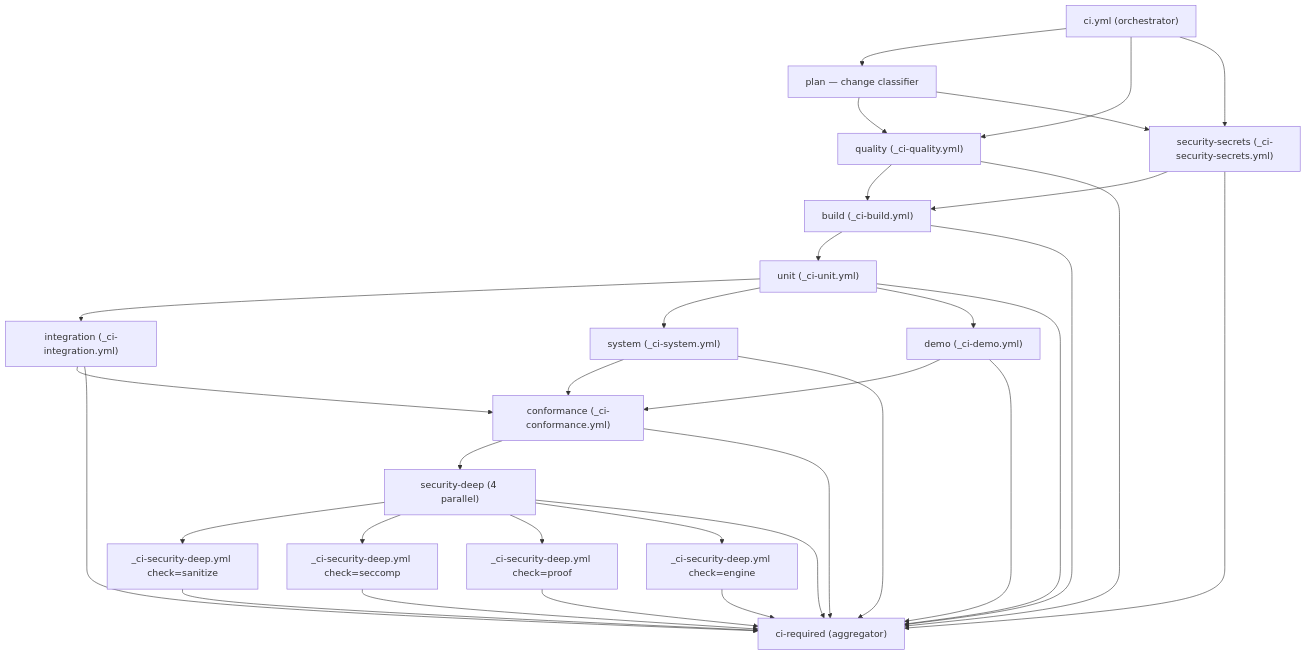
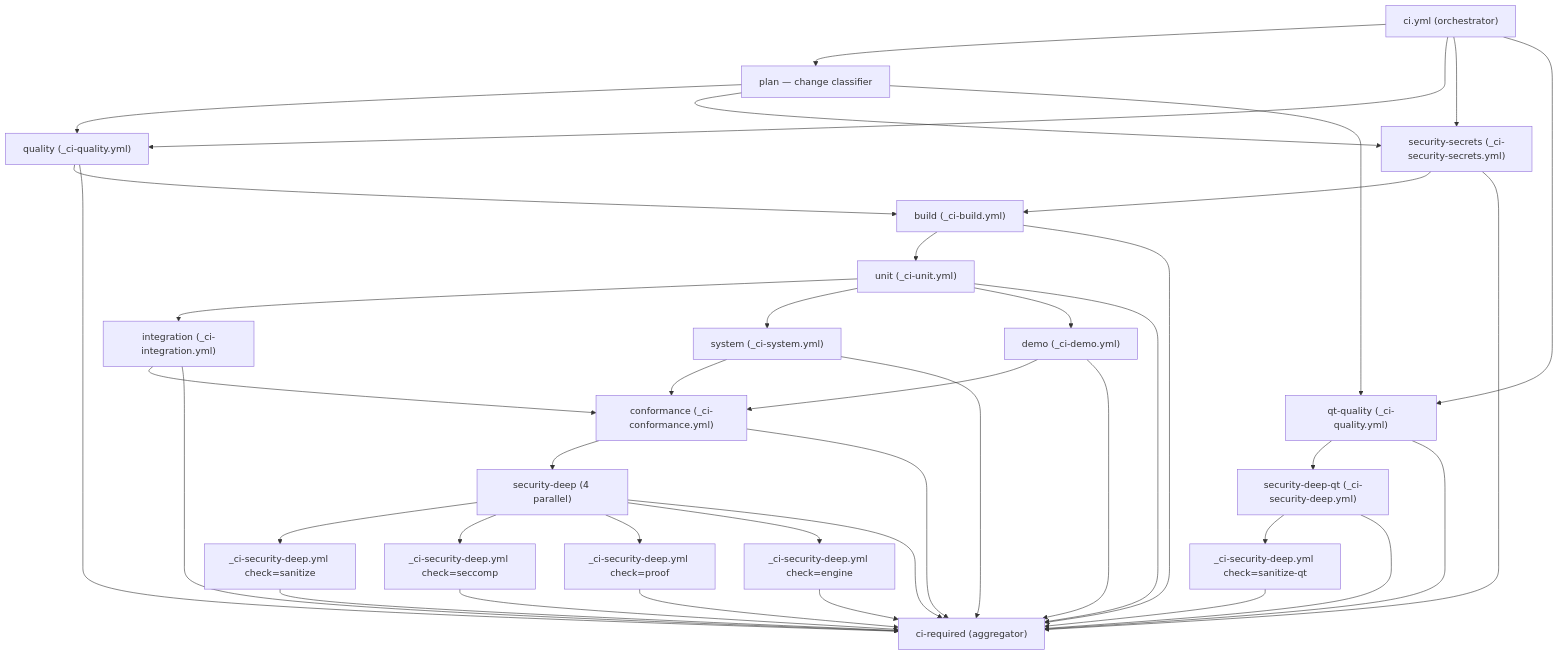
One commit to deeprnd/tickoni changed the diagram in doc/execution/ci.md. Above: the diagram before and after it, drawn with Mermaid. The commit also changed other lines of this file and 1 other file, not shown here.

Commit message:
docs: add Qt quality and security documentation

````diff
--- a/doc/execution/ci.md
+++ b/doc/execution/ci.md
@@ -49,35 +54,42 @@
 ```mermaid
 flowchart TD
     A["ci.yml (orchestrator)"] --> B["plan — change classifier"]
     A --> Q["quality (_ci-quality.yml)"]
     A --> S["security-secrets (_ci-security-secrets.yml)"]
+    A --> QTQ["qt-quality (_ci-quality.yml)"]
     B --> Q
     B --> S
+    B --> QTQ
     Q --> Bld["build (_ci-build.yml)"]
     S --> Bld
+    QTQ --> QtSec["security-deep-qt (_ci-security-deep.yml)"]
+    QtSec --> QtSec1["_ci-security-deep.yml check=sanitize-qt"]
     Bld --> U["unit (_ci-unit.yml)"]
     U --> I["integration (_ci-integration.yml)"]
     U --> Sys["system (_ci-system.yml)"]
     U --> D["demo (_ci-demo.yml)"]
     I --> C["conformance (_ci-conformance.yml)"]
     Sys --> C
     D --> C
     C --> SD["security-deep (4 parallel)"]
     SD --> SD1["_ci-security-deep.yml check=sanitize"]
     SD --> SD2["_ci-security-deep.yml check=seccomp"]
     SD --> SD3["_ci-security-deep.yml check=proof"]
     SD --> SD4["_ci-security-deep.yml check=engine"]
     SD1 --> R["ci-required (aggregator)"]
     SD2 --> R
     SD3 --> R
     SD4 --> R
+    QtSec1 --> R
     Q --> R
     S --> R
+    QTQ --> R
+    QtSec --> R
     Bld --> R
     U --> R
     I --> R
     Sys --> R
     D --> R
     C --> R
     SD --> R
 ```
````
